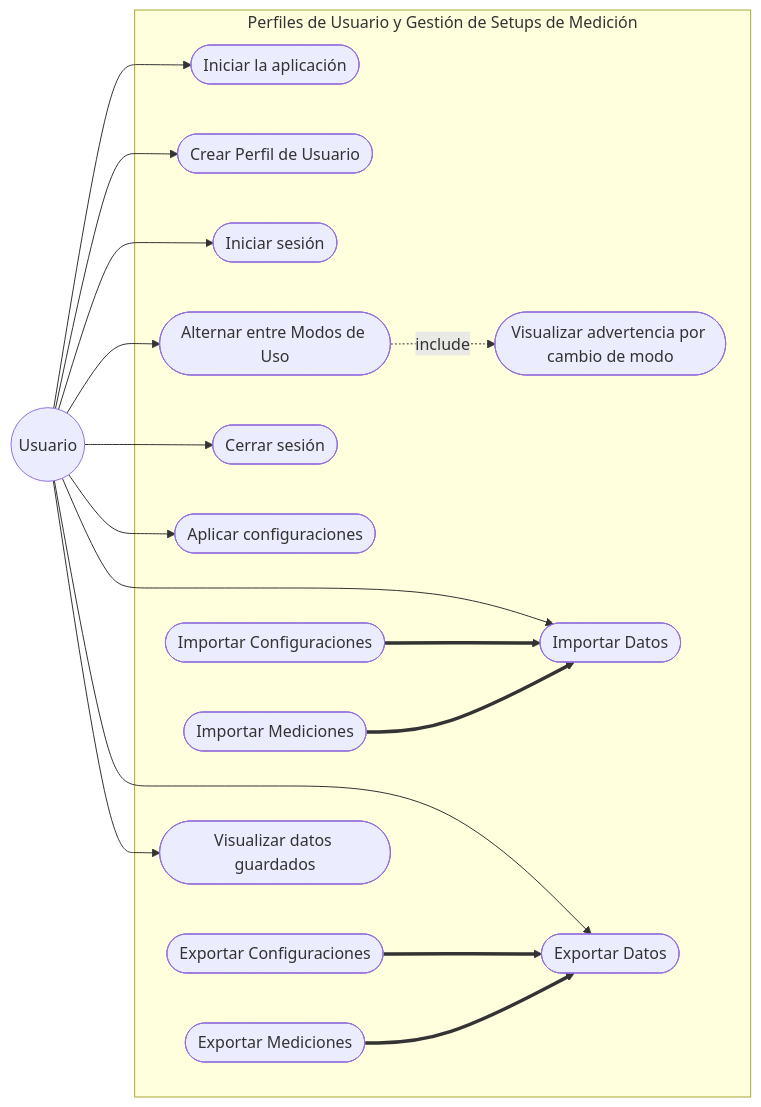
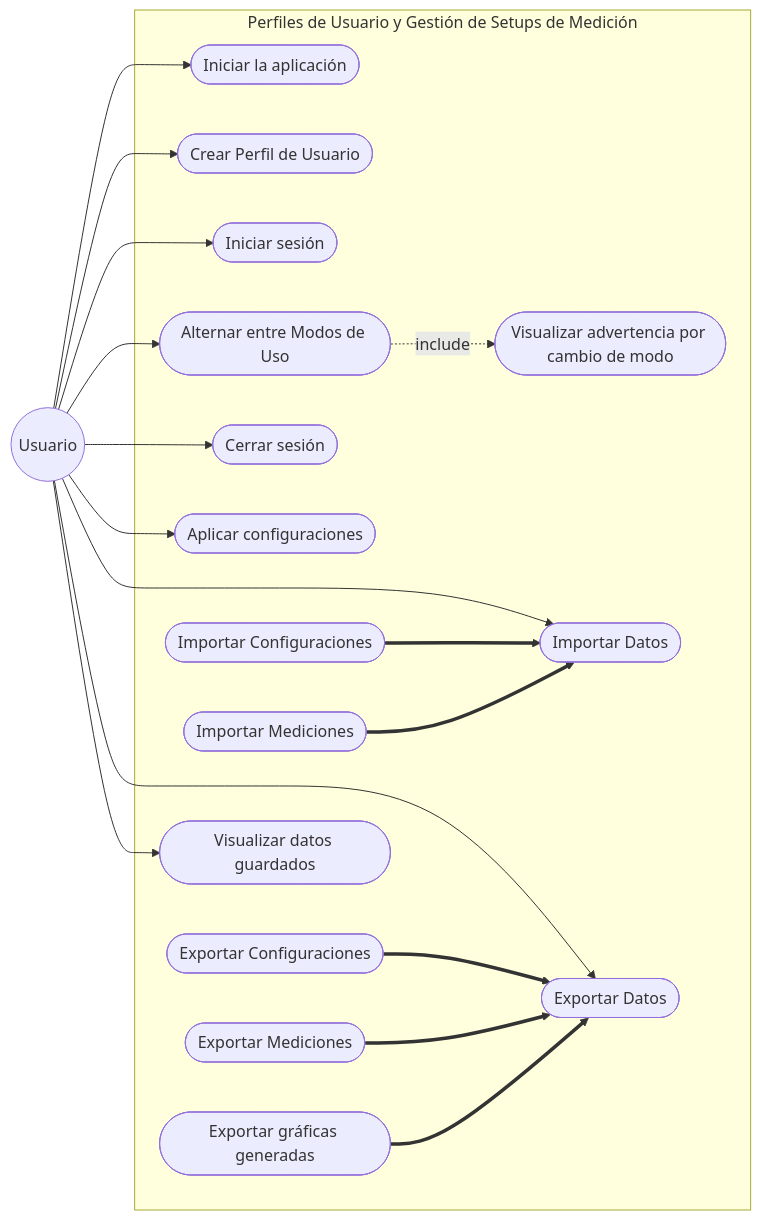
Before and after one commit to alegrelias/Repo-GMini: the fourth of 5 diagrams in Gmini-MarkDown/Diagramas/Diagramas de CU.md, drawn with Mermaid. The commit also changed other lines of this file, not shown here.

Commit message:
Se modifican diagramas de CU

````diff
--- a/Gmini-MarkDown/Diagramas/Diagramas de CU.md
+++ b/Gmini-MarkDown/Diagramas/Diagramas de CU.md
@@ -93,45 +93,47 @@
 ```mermaid
 flowchart LR
 %% Actores
 Usuario((Usuario))
 
 subgraph Perfiles de Usuario y Gestión de Setups de Medición
 	CU20([Iniciar la aplicación])
 	CU21([Crear Perfil de Usuario])
 	CU22([Iniciar sesión])
 	CU23([Alternar entre Modos de Uso])
 	CU24([Cerrar sesión])
 	CU25([Visualizar advertencia por cambio de modo])
 	CU26([Aplicar configuraciones])
 	CU27([Importar Datos])
 	CU28([Exportar Datos])
 	CU29([Importar Configuraciones])
 	CU30([Exportar Configuraciones])
 	CU31([Importar Mediciones])
 	CU32([Exportar Mediciones])
 	CU33([Visualizar datos guardados])
+	CU34([Exportar gráficas generadas])
 end
 
 %% Asociaciones
 Usuario --> CU20
 Usuario --> CU21
 Usuario --> CU22
 Usuario --> CU23
 Usuario --> CU24
 Usuario --> CU26
 Usuario --> CU27
 Usuario --> CU28
 Usuario --> CU33
 
 %% Relaciones Include/Extend
 
 CU23 -.include.-> CU25
 
 %% generalización
 
 CU29 ==> CU27
 CU31 ==> CU27
 
 CU30 ==> CU28
 CU32 ==> CU28
+CU34 ==> CU28
 ```
````
